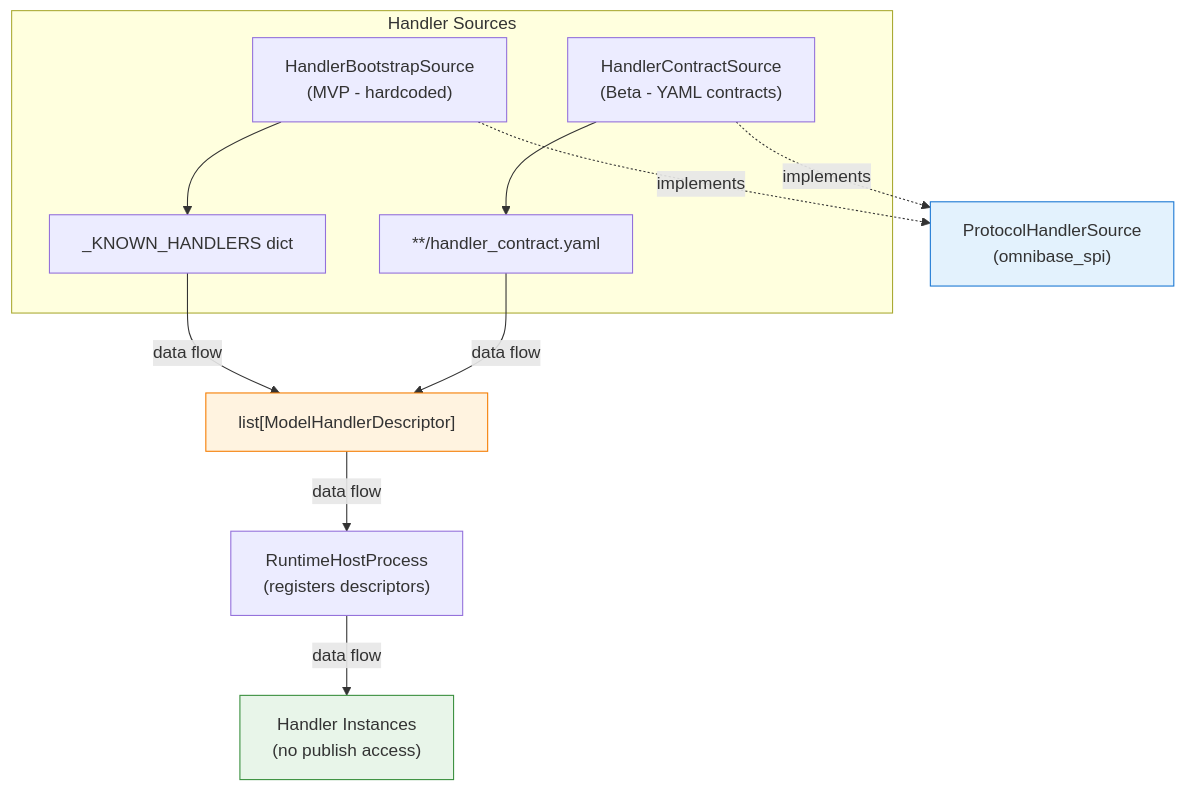
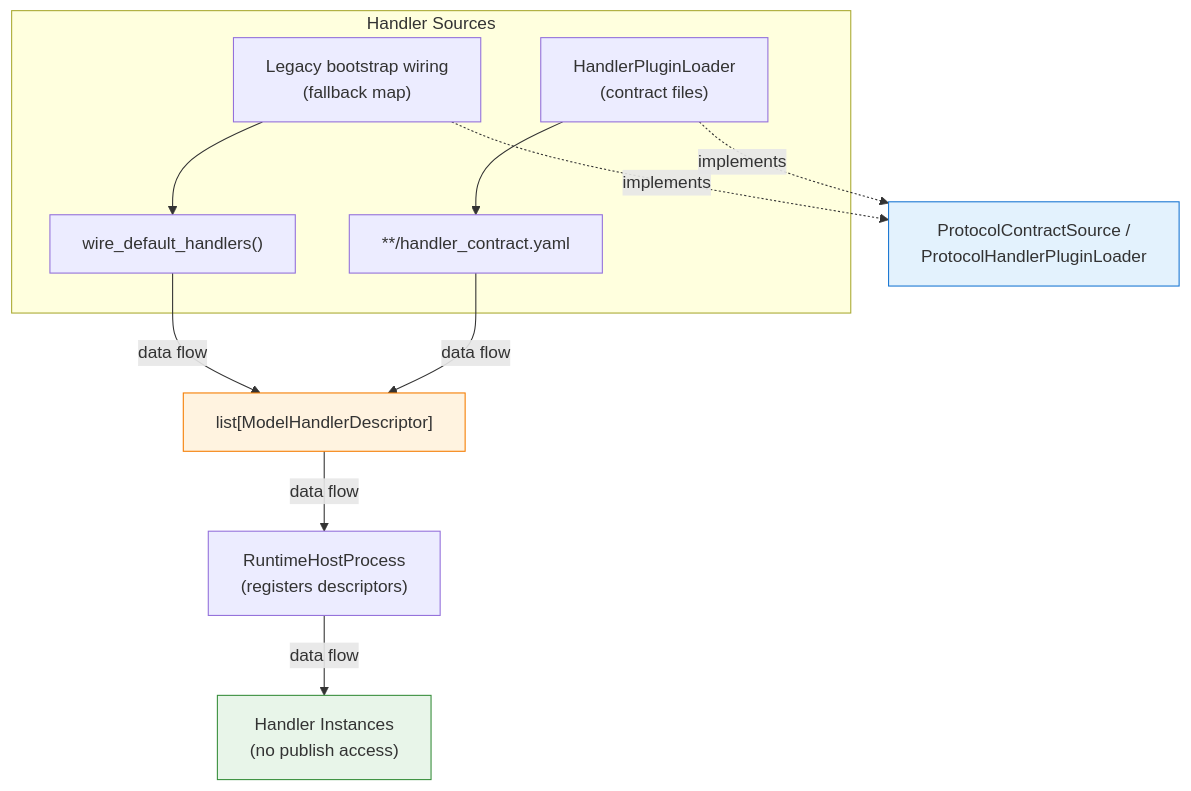
Before and after one commit to OmniNode-ai/omnibase_infra: the diagram in docs/architecture/HANDLER_PROTOCOL_DRIVEN_ARCHITECTURE.md, drawn with Mermaid. The commit also changed other lines of this file and 80 other files, not shown here.

````diff
--- a/docs/architecture/HANDLER_PROTOCOL_DRIVEN_ARCHITECTURE.md
+++ b/docs/architecture/HANDLER_PROTOCOL_DRIVEN_ARCHITECTURE.md
@@ -64,29 +77,29 @@
 ```mermaid
 flowchart TB
     accTitle: Handler Loading Architecture
-    accDescr: Data flow diagram showing handler loading from sources to runtime. ProtocolHandlerSource is the abstract protocol interface from omnibase_spi. Two concrete implementations exist: HandlerBootstrapSource (hardcoded MVP handlers from _KNOWN_HANDLERS dict) and HandlerContractSource (YAML contracts from handler_contract.yaml files). Both produce ModelHandlerDescriptor lists that flow to RuntimeHostProcess for registration. Handler Instances are created with no publish access as a structural constraint. Arrows indicate data flow direction.
+    accDescr: Data flow diagram showing handler loading from sources to runtime. Protocol discovery interfaces define the boundary. HandlerPluginLoader is the preferred contract-file implementation. Legacy bootstrap wiring remains as fallback compatibility wiring. Both produce descriptor lists that flow to RuntimeHostProcess for registration. Handler instances are created with no publish access as a structural constraint.
 
-    PROTOCOL["ProtocolHandlerSource<br/>(omnibase_spi)"]
+    PROTOCOL["ProtocolContractSource /<br/>ProtocolHandlerPluginLoader"]
 
     subgraph Sources["Handler Sources"]
-        BOOTSTRAP["HandlerBootstrapSource<br/>(MVP - hardcoded)"]
-        CONTRACT["HandlerContractSource<br/>(Beta - YAML contracts)"]
+        BOOTSTRAP["Legacy bootstrap wiring<br/>(fallback map)"]
+        CONTRACT["HandlerPluginLoader<br/>(contract files)"]
 
-        BOOTSTRAP --> KNOWN["_KNOWN_HANDLERS dict"]
+        BOOTSTRAP --> KNOWN["wire_default_handlers()"]
         CONTRACT --> YAML["**/handler_contract.yaml"]
     end
 
     BOOTSTRAP -.->|implements| PROTOCOL
     CONTRACT -.->|implements| PROTOCOL
 
     KNOWN -->|"data flow"| DESC
     YAML -->|"data flow"| DESC
 
     DESC["list[ModelHandlerDescriptor]"]
     DESC -->|"data flow"| RUNTIME["RuntimeHostProcess<br/>(registers descriptors)"]
     RUNTIME -->|"data flow"| HANDLERS["Handler Instances<br/>(no publish access)"]
 
     style PROTOCOL fill:#e3f2fd,stroke:#1976d2
     style DESC fill:#fff3e0,stroke:#f57c00
     style HANDLERS fill:#e8f5e9,stroke:#388e3c
 ```
````
